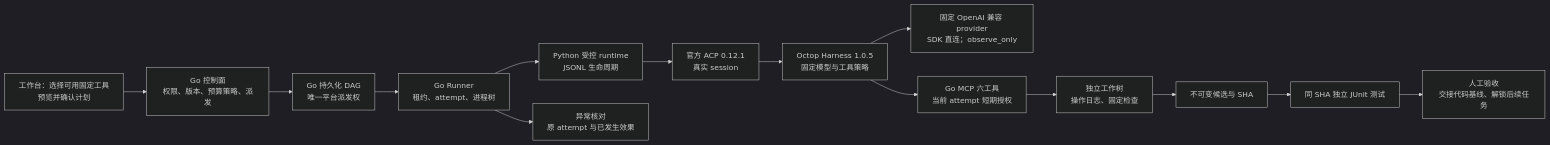
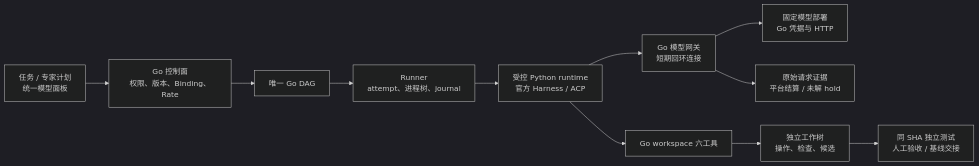
Before and after one commit to ai-mada/suma: the diagram in docs/architecture/octop-execution.md, drawn with Mermaid (dark theme). The commit also changed other lines of this file and 128 other files, not shown here.

Commit message:
feat(models): unify native and Octop execution gateway [T-MODEL-118]

````diff
--- a/docs/architecture/octop-execution.md
+++ b/docs/architecture/octop-execution.md
@@ -20,16 +9,22 @@
 ```mermaid
 flowchart LR
-    UI["工作台：选择可用固定工具\n预览并确认计划"] --> CP["Go 控制面\n权限、版本、预算策略、派发"]
-    CP --> DAG["Go 持久化 DAG\n唯一平台派发权"]
-    DAG --> Runner["Go Runner\n租约、attempt、进程树"]
-    Runner --> Runtime["Python 受控 runtime\nJSONL 生命周期"]
-    Runtime --> ACP["官方 ACP 0.12.1\n真实 session"]
-    ACP --> Harness["Octop Harness 1.0.5\n固定模型与工具策略"]
-    Harness --> Provider["固定 OpenAI 兼容 provider\nSDK 直连；observe_only"]
-    Harness --> MCP["Go MCP 六工具\n当前 attempt 短期授权"]
-    MCP --> Workspace["独立工作树\n操作日志、固定检查"]
-    Workspace --> Seal["不可变候选与 SHA"]
-    Seal --> Test["同 SHA 独立 JUnit 测试"]
-    Test --> Review["人工验收\n交接代码基线、解锁后续任务"]
-    Runner --> Reconcile["异常核对\n原 attempt 与已发生效果"]
+  UI[任务 / 专家计划
+统一模型面板] --> CP[Go 控制面
+权限、版本、Binding、Rate]
+  CP --> DAG[唯一 Go DAG]
+  DAG --> Runner[Runner
+attempt、进程树、journal]
+  Runner --> Runtime[受控 Python runtime
+官方 Harness / ACP]
+  Runtime --> Gateway[Go 模型网关
+短期回环连接]
+  Gateway --> Provider[固定模型部署
+Go 凭据与 HTTP]
+  Runtime --> MCP[Go workspace 六工具]
+  MCP --> Workspace[独立工作树
+操作、检查、候选]
+  Workspace --> QA[同 SHA 独立测试
+人工验收 / 基线交接]
+  Gateway --> Ledger[原始请求证据
+平台结算 / 未解 hold]
 ```
````
